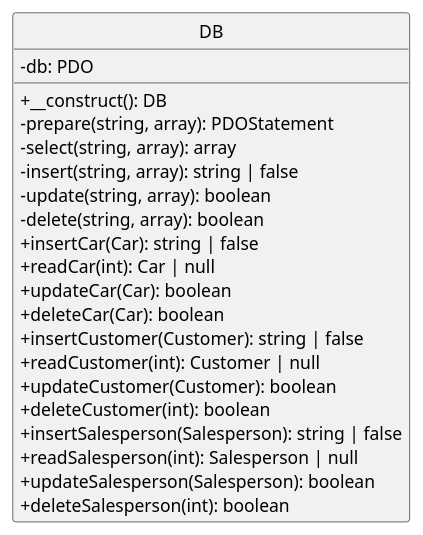
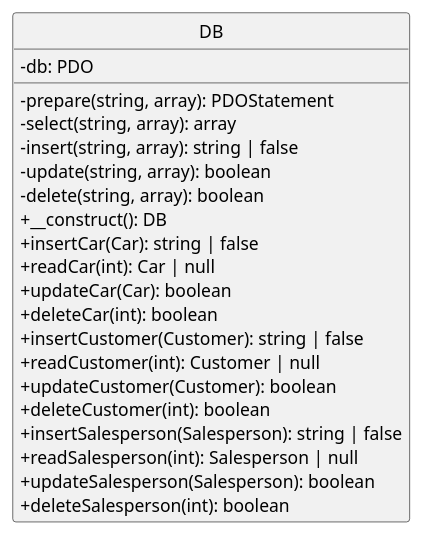
Before and after one commit to luke-hamann/stc-cis-266-scrum-3: the diagram in Scrum3_Team_X/Provider_X/Diagrams/DB.puml, drawn with PlantUML. The commit also changed 4 other files, not shown here.

Commit message:
Review and export UML diagrams

```diff
--- a/Scrum3_Team_X/Provider_X/Diagrams/DB.puml
+++ b/Scrum3_Team_X/Provider_X/Diagrams/DB.puml
@@ -1,26 +1,26 @@
 @startuml
 hide circle
 skinparam classAttributeIconSize 0
 
 class DB {
-    -db: PDO
-    + __construct(): DB
+    - db: PDO
     - prepare(string, array): PDOStatement
     - select(string, array): array
     - insert(string, array): string | false
     - update(string, array): boolean
     - delete(string, array): boolean
+    + __construct(): DB
     + insertCar(Car): string | false
     + readCar(int): Car | null
     + updateCar(Car): boolean
-    + deleteCar(Car): boolean
+    + deleteCar(int): boolean
     + insertCustomer(Customer): string | false
     + readCustomer(int): Customer | null
     + updateCustomer(Customer): boolean
     + deleteCustomer(int): boolean
     + insertSalesperson(Salesperson): string | false
     + readSalesperson(int): Salesperson | null
     + updateSalesperson(Salesperson): boolean
     + deleteSalesperson(int): boolean
 }
 @enduml
```
